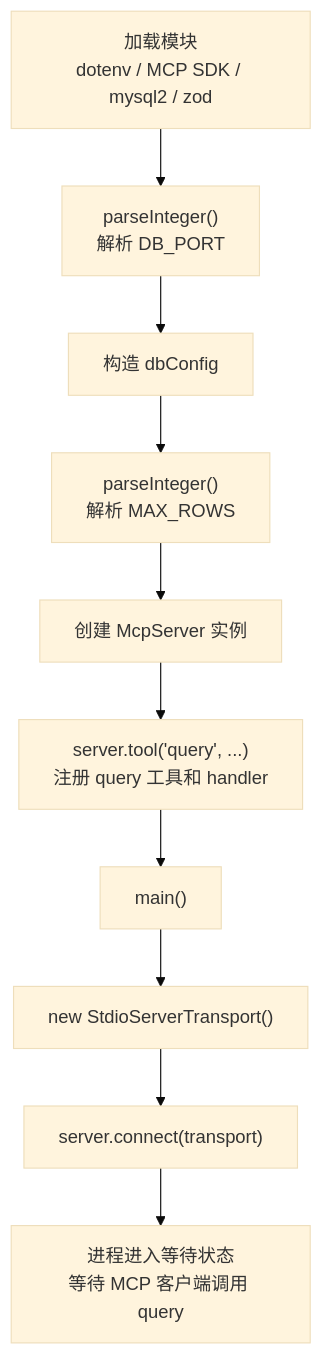
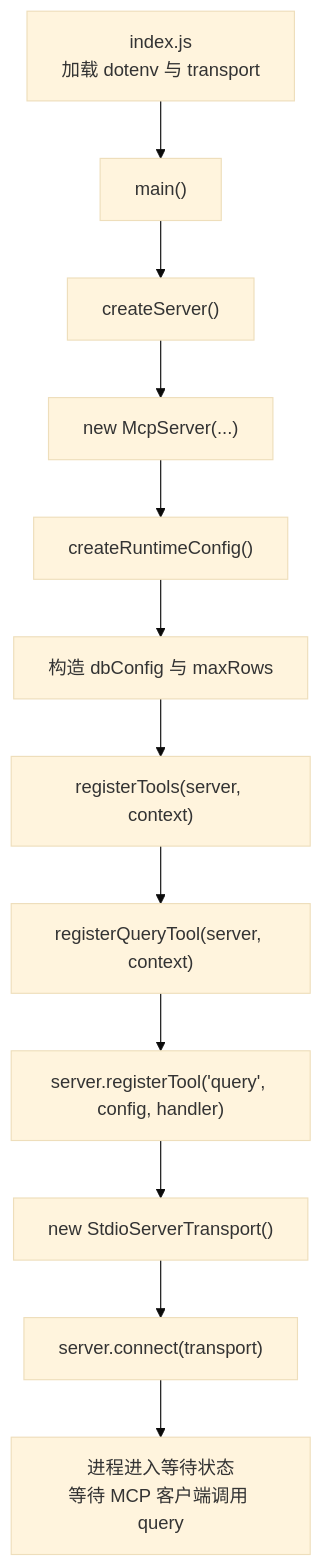
The first of 3 diagrams in docs/index-method-call-flow.md (Xguihur/mcp-test-sql), drawn with Mermaid (base theme) before and after one commit. The commit also changed other lines of this file and 10 other files, not shown here.

````diff
--- a/docs/index-method-call-flow.md
+++ b/docs/index-method-call-flow.md
@@ -14,12 +14,14 @@
 ```mermaid
 flowchart TD
-    A["加载模块<br/>dotenv / MCP SDK / mysql2 / zod"] --> B["parseInteger()<br/>解析 DB_PORT"]
-    B --> C["构造 dbConfig"]
-    C --> D["parseInteger()<br/>解析 MAX_ROWS"]
-    D --> E["创建 McpServer 实例"]
-    E --> F["server.tool('query', ...)<br/>注册 query 工具和 handler"]
-    F --> G["main()"]
-    G --> H["new StdioServerTransport()"]
-    H --> I["server.connect(transport)"]
-    I --> J["进程进入等待状态<br/>等待 MCP 客户端调用 query"]
+    A["index.js<br/>加载 dotenv 与 transport"] --> B["main()"]
+    B --> C["createServer()"]
+    C --> D["new McpServer(...)"]
+    D --> E["createRuntimeConfig()"]
+    E --> F["构造 dbConfig 与 maxRows"]
+    F --> G["registerTools(server, context)"]
+    G --> H["registerQueryTool(server, context)"]
+    H --> I["server.registerTool('query', config, handler)"]
+    I --> J["new StdioServerTransport()"]
+    J --> K["server.connect(transport)"]
+    K --> L["进程进入等待状态<br/>等待 MCP 客户端调用 query"]
 ```
````
